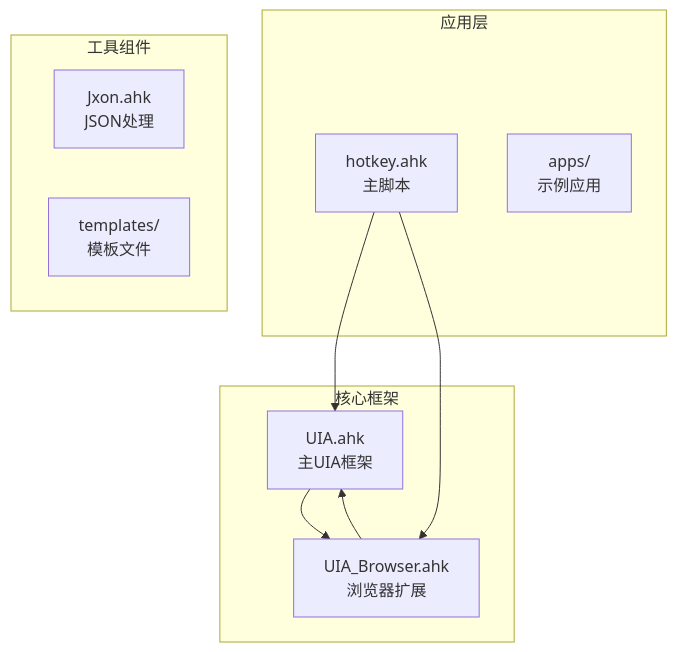
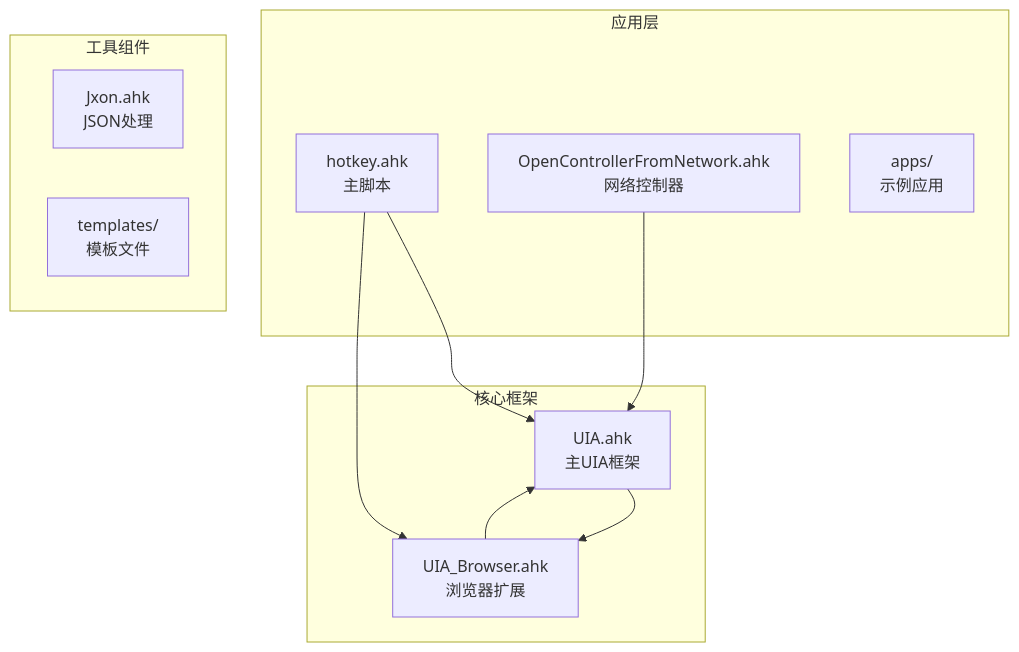
Before and after one commit to wangys-123doit/hotkey: the first of 13 diagrams in .qoder/repowiki/zh/content/核心功能/UI自动化框架.md, drawn with Mermaid. The commit also changed other lines of this file and 11 other files, not shown here.

````diff
--- a/.qoder/repowiki/zh/content/核心功能/UI自动化框架.md
+++ b/.qoder/repowiki/zh/content/核心功能/UI自动化框架.md
@@ -37,19 +46,21 @@
 ```mermaid
 graph TB
 subgraph "核心框架"
 UIA[UIA.ahk<br/>主UIA框架]
 Browser[UIA_Browser.ahk<br/>浏览器扩展]
 end
 subgraph "应用层"
 Hotkey[hotkey.ahk<br/>主脚本]
+NetworkCtrl[OpenControllerFromNetwork.ahk<br/>网络控制器]
 Apps[apps/<br/>示例应用]
 end
 subgraph "工具组件"
 Jxon[Jxon.ahk<br/>JSON处理]
 Templates[templates/<br/>模板文件]
 end
 UIA --> Browser
 Hotkey --> UIA
 Hotkey --> Browser
+NetworkCtrl --> UIA
 Browser --> UIA
 ```
````
